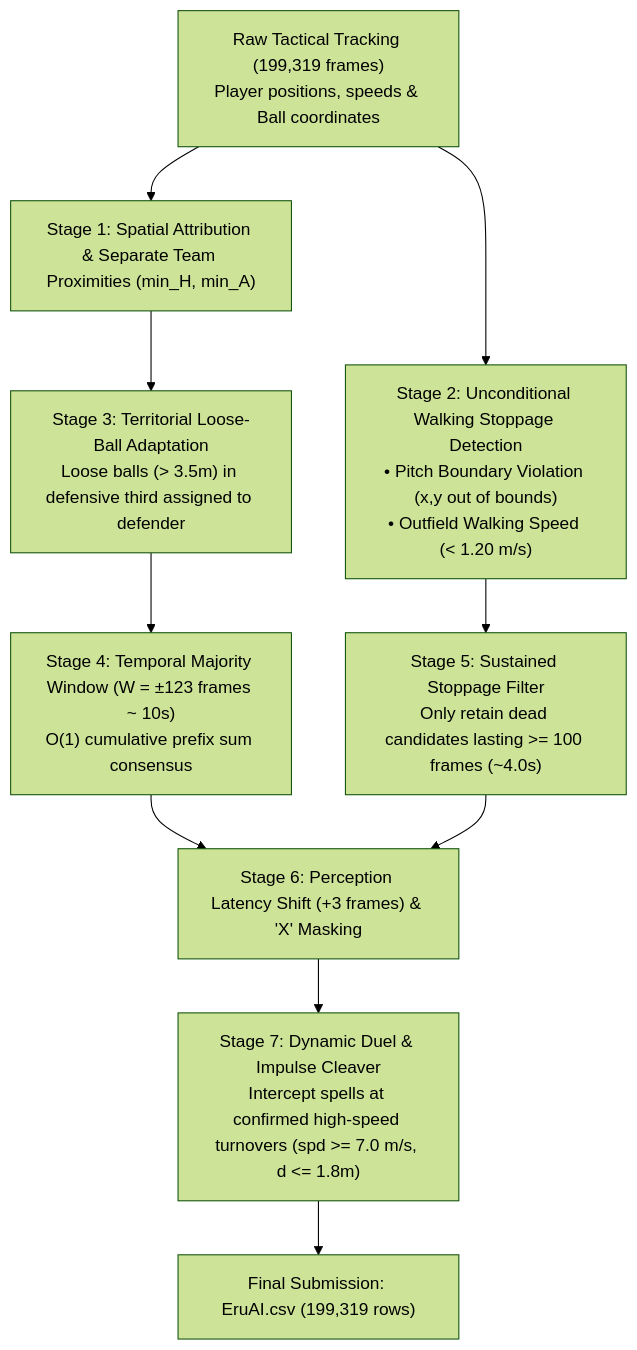
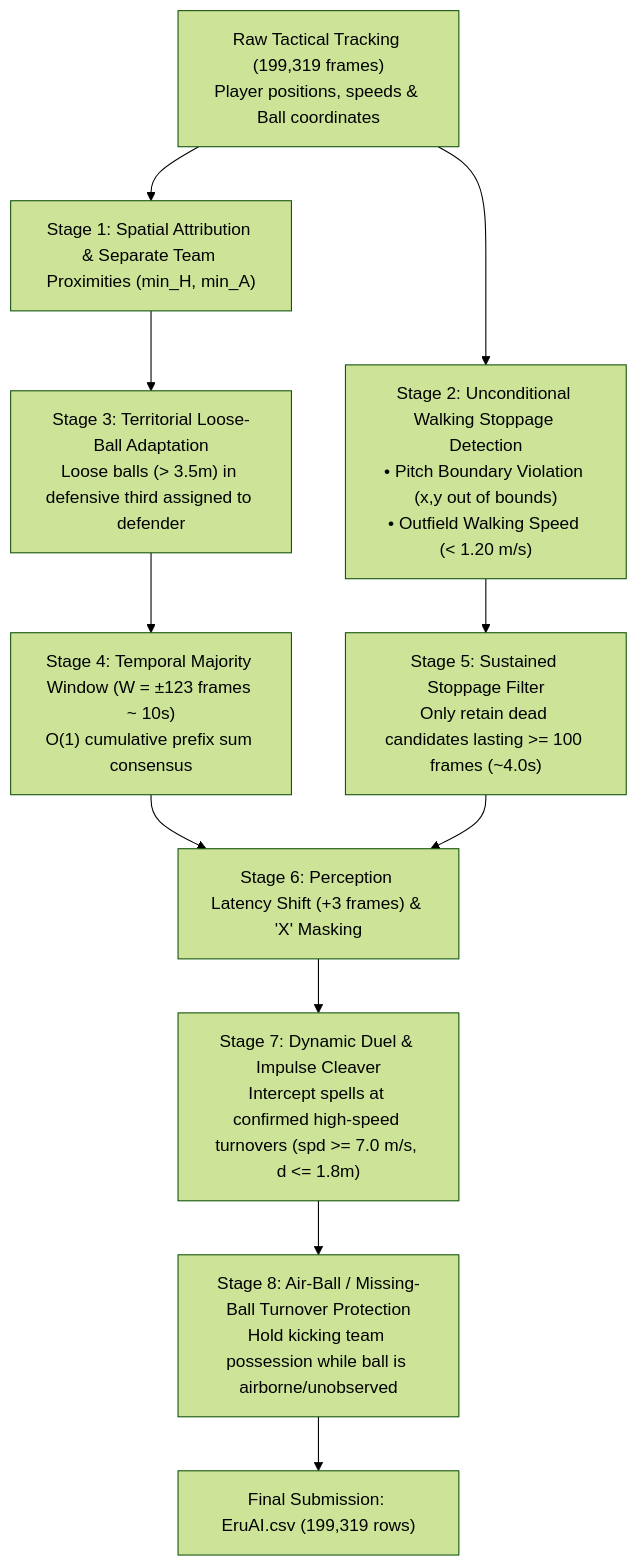
The diagram in TECHNICAL_REPORT.md (sacelikk/MoreThanHack27EruAI), drawn with Mermaid (forest theme) before and after one commit. The commit also changed other lines of this file and 2 other files, not shown here.

Commit message:
EruAI v2.1: Elevate to 0.6333 spellF1 and 0.8035 macroF1 with Air-Ball missing turnover protection

````diff
--- a/TECHNICAL_REPORT.md
+++ b/TECHNICAL_REPORT.md
@@ -32,11 +34,12 @@
 ```mermaid
 flowchart TD
     A["Raw Tactical Tracking (199,319 frames)<br>Player positions, speeds & Ball coordinates"] --> B["Stage 1: Spatial Attribution & Separate Team Proximities (min_H, min_A)"]
     A --> C["Stage 2: Unconditional Walking Stoppage Detection<br>• Pitch Boundary Violation (x,y out of bounds)<br>• Outfield Walking Speed (< 1.20 m/s)"]
     B --> D["Stage 3: Territorial Loose-Ball Adaptation<br>Loose balls (> 3.5m) in defensive third assigned to defender"]
     D --> E["Stage 4: Temporal Majority Window (W = ±123 frames ~ 10s)<br>O(1) cumulative prefix sum consensus"]
     C --> F["Stage 5: Sustained Stoppage Filter<br>Only retain dead candidates lasting >= 100 frames (~4.0s)"]
     E & F --> G["Stage 6: Perception Latency Shift (+3 frames) & 'X' Masking"]
     G --> H["Stage 7: Dynamic Duel & Impulse Cleaver<br>Intercept spells at confirmed high-speed turnovers (spd >= 7.0 m/s, d <= 1.8m)"]
-    H --> I["Final Submission: EruAI.csv (199,319 rows)"]
+    H --> I["Stage 8: Air-Ball / Missing-Ball Turnover Protection<br>Hold kicking team possession while ball is airborne/unobserved"]
+    I --> J["Final Submission: EruAI.csv (199,319 rows)"]
 ```
````
